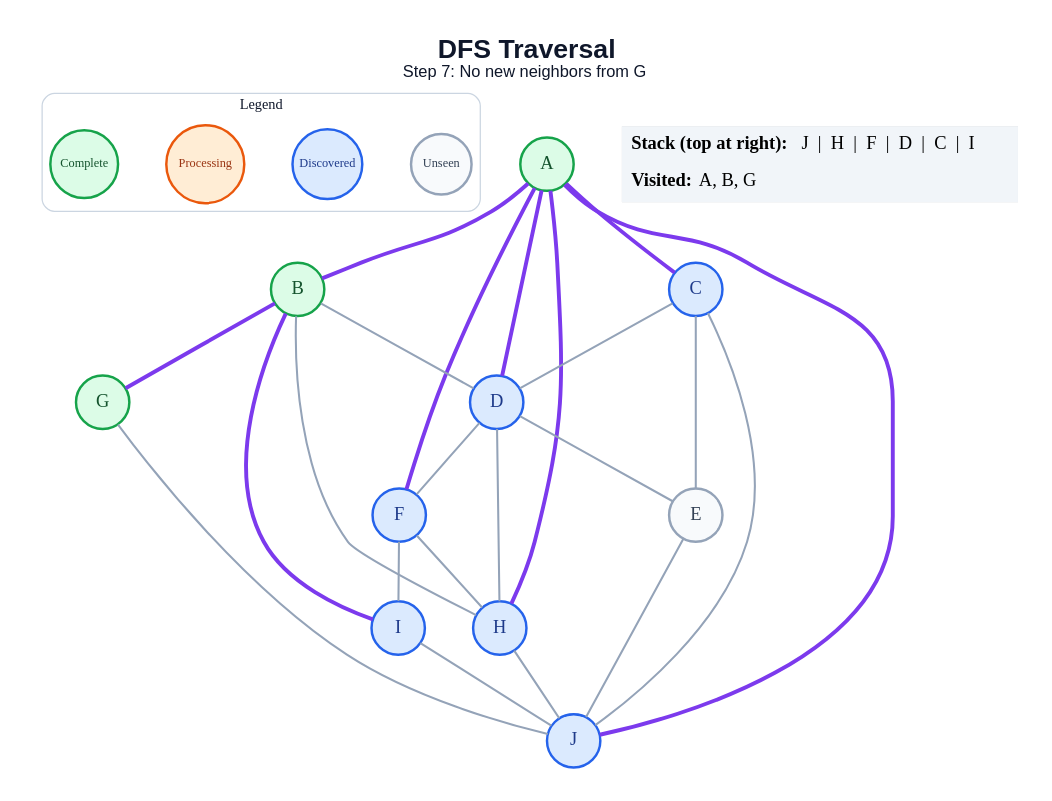
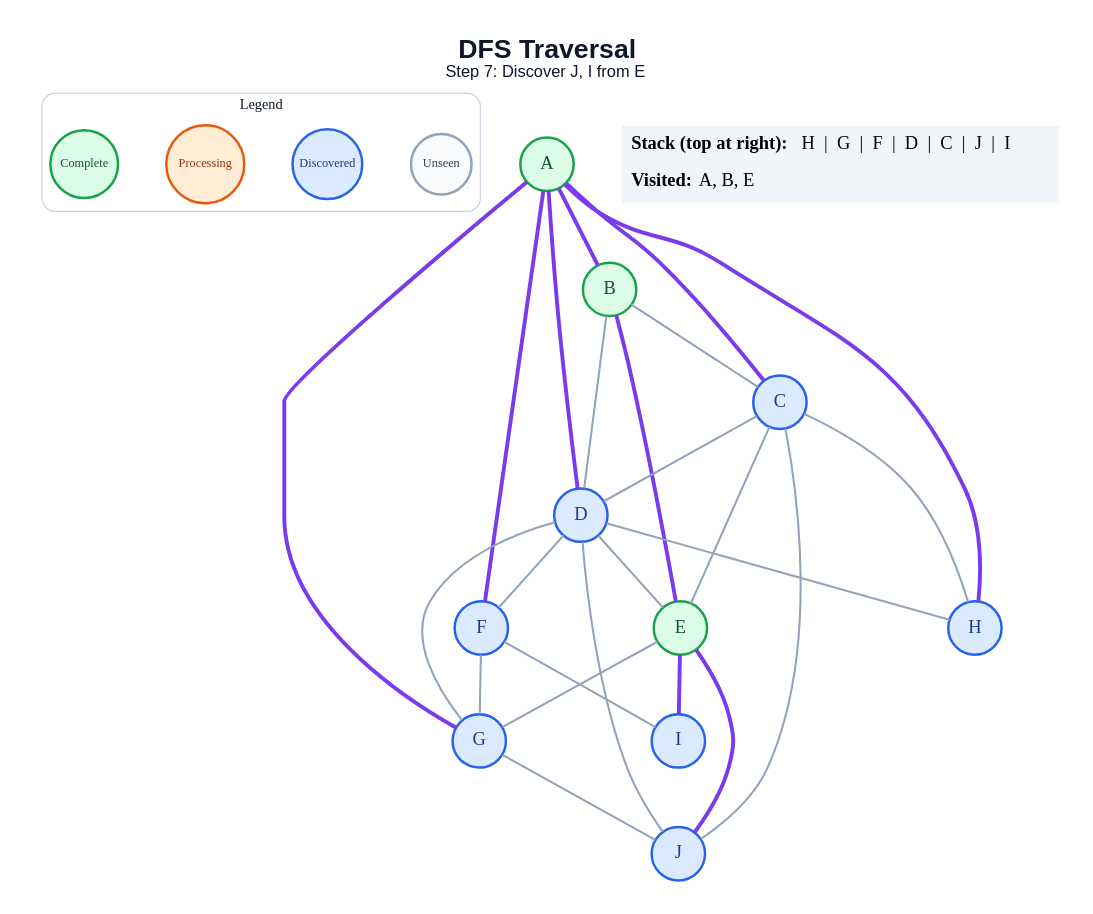
One commit to amanghodawala9/ai-slop changed the diagram in generated/dfs/step_07.dot. Above: the diagram before and after it, drawn with Graphviz. The commit also changed 178 other files, not shown here.

```diff
--- a/generated/dfs/step_07.dot
+++ b/generated/dfs/step_07.dot
@@ -1,51 +1,53 @@
 graph traversal {
   graph [layout=dot, rankdir=TB, bgcolor="#FFFFFF", pad="0.35", nodesep="0.65", ranksep="0.8", fontname="Arial"];
   node [shape=circle, style="filled", fontname="Arial Bold", fontsize=18, width=0.72, fixedsize=true, penwidth=2.4];
   edge [color="#94A3B8", penwidth=2.0];
-  label=<<B>DFS Traversal</B><BR/><FONT POINT-SIZE="16">Step 7: No new neighbors from G</FONT>>; labelloc="t"; fontsize=26; fontname="Arial"; fontcolor="#0F172A";
+  label=<<B>DFS Traversal</B><BR/><FONT POINT-SIZE="16">Step 7: Discover J, I from E</FONT>>; labelloc="t"; fontsize=26; fontname="Arial"; fontcolor="#0F172A";
   subgraph cluster_legend { label="Legend"; color="#CBD5E1"; penwidth=1.2; style="rounded"; fontsize=14; fontname="Arial Bold";
     key_unseen [label="Unseen", fillcolor="#F8FAFC", color="#94A3B8", fontcolor="#334155", fontsize=12, width=0.82];
     key_frontier [label="Discovered", fillcolor="#DBEAFE", color="#2563EB", fontcolor="#1E3A8A", fontsize=12, width=0.95];
     key_current [label="Processing", fillcolor="#FFEDD5", color="#EA580C", fontcolor="#9A3412", fontsize=12, width=1.05];
     key_done [label="Complete", fillcolor="#DCFCE7", color="#16A34A", fontcolor="#14532D", fontsize=12, width=0.92];
     { rank=same; key_unseen; key_frontier; key_current; key_done; }
   }
   A [fillcolor="#DCFCE7", color="#16A34A", fontcolor="#14532D"];
   B [fillcolor="#DCFCE7", color="#16A34A", fontcolor="#14532D"];
   C [fillcolor="#DBEAFE", color="#2563EB", fontcolor="#1E3A8A"];
   D [fillcolor="#DBEAFE", color="#2563EB", fontcolor="#1E3A8A"];
-  E [fillcolor="#F8FAFC", color="#94A3B8", fontcolor="#334155"];
+  E [fillcolor="#DCFCE7", color="#16A34A", fontcolor="#14532D"];
   F [fillcolor="#DBEAFE", color="#2563EB", fontcolor="#1E3A8A"];
-  G [fillcolor="#DCFCE7", color="#16A34A", fontcolor="#14532D"];
+  G [fillcolor="#DBEAFE", color="#2563EB", fontcolor="#1E3A8A"];
   H [fillcolor="#DBEAFE", color="#2563EB", fontcolor="#1E3A8A"];
   I [fillcolor="#DBEAFE", color="#2563EB", fontcolor="#1E3A8A"];
   J [fillcolor="#DBEAFE", color="#2563EB", fontcolor="#1E3A8A"];
   A -- B [color="#7C3AED", penwidth=3.8];
   A -- C [color="#7C3AED", penwidth=3.8];
   A -- D [color="#7C3AED", penwidth=3.8];
   A -- F [color="#7C3AED", penwidth=3.8];
+  A -- G [color="#7C3AED", penwidth=3.8];
   A -- H [color="#7C3AED", penwidth=3.8];
-  A -- J [color="#7C3AED", penwidth=3.8];
+  B -- C;
   B -- D;
-  B -- G [color="#7C3AED", penwidth=3.8];
-  B -- H;
-  B -- I [color="#7C3AED", penwidth=3.8];
+  B -- E [color="#7C3AED", penwidth=3.8];
   C -- D;
   C -- E;
+  C -- H;
   C -- J;
   D -- E;
   D -- F;
+  D -- G;
   D -- H;
-  E -- J;
-  F -- H;
+  D -- J;
+  E -- G;
+  E -- I [color="#7C3AED", penwidth=3.8];
+  E -- J [color="#7C3AED", penwidth=3.8];
+  F -- G;
   F -- I;
   G -- J;
-  H -- J;
-  I -- J;
   status [shape=plain, fixedsize=false, width=0, height=0, margin=0, label=<
     <TABLE BORDER="0" CELLBORDER="0" CELLPADDING="7" BGCOLOR="#F1F5F9">
-      <TR><TD ALIGN="LEFT"><B>Stack (top at right):</B> J  |  H  |  F  |  D  |  C  |  I</TD></TR>
-      <TR><TD ALIGN="LEFT"><B>Visited:</B> A, B, G</TD></TR>
+      <TR><TD ALIGN="LEFT"><B>Stack (top at right):</B> H  |  G  |  F  |  D  |  C  |  J  |  I</TD></TR>
+      <TR><TD ALIGN="LEFT"><B>Visited:</B> A, B, E</TD></TR>
     </TABLE>
   >];
 }
```
